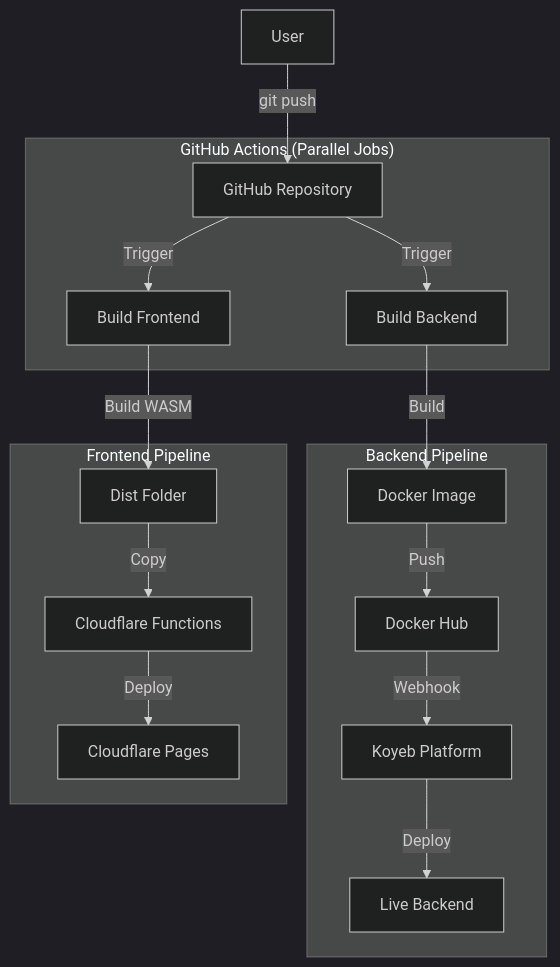
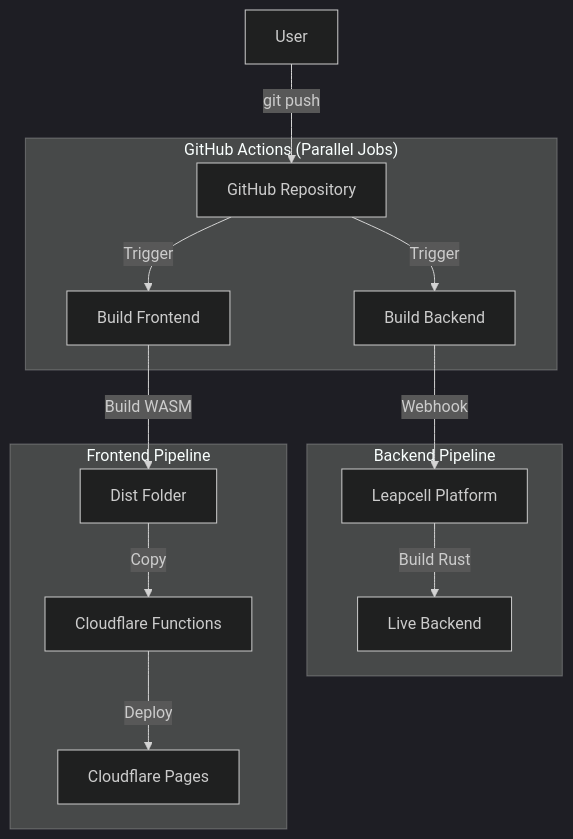
One commit to maisonnat/axur-tool changed the diagram in .agent/workflows/deploy.md. Above: the diagram before and after it, drawn with Mermaid (dark theme). The commit also changed other lines of this file and 8 other files, not shown here.

First line of the commit message:
docs: Update all references from Koyeb to Leapcell

````diff
--- a/.agent/workflows/deploy.md
+++ b/.agent/workflows/deploy.md
@@ -91,22 +91,20 @@
 ```mermaid
 graph TD
     User[User] -->|git push| GH[GitHub Repository]
     
     subgraph "GitHub Actions (Parallel Jobs)"
         GH -->|Trigger| JobBE[Build Backend]
         GH -->|Trigger| JobFE[Build Frontend]
     end
     
     subgraph "Backend Pipeline"
-        JobBE -->|Build| Docker[Docker Image]
-        Docker -->|Push| Hub[Docker Hub]
-        Hub -->|Webhook| Koyeb[Koyeb Platform]
-        Koyeb -->|Deploy| Service[Live Backend]
+        JobBE -->|Webhook| Leapcell[Leapcell Platform]
+        Leapcell -->|Build Rust| Service[Live Backend]
     end
     
     subgraph "Frontend Pipeline"
         JobFE -->|Build WASM| Dist[Dist Folder]
         Dist -->|Copy| Func[Cloudflare Functions]
         Func -->|Deploy| CF[Cloudflare Pages]
     end
 ```
````
